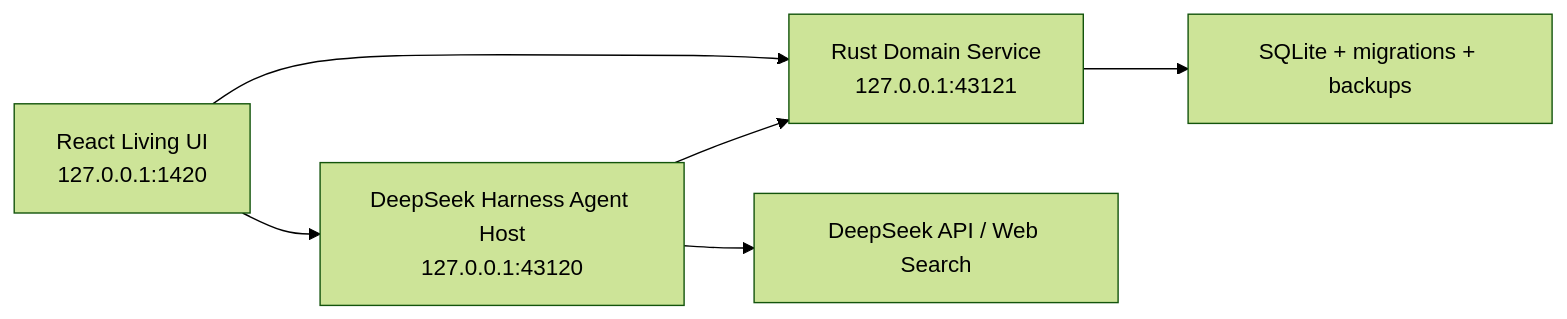
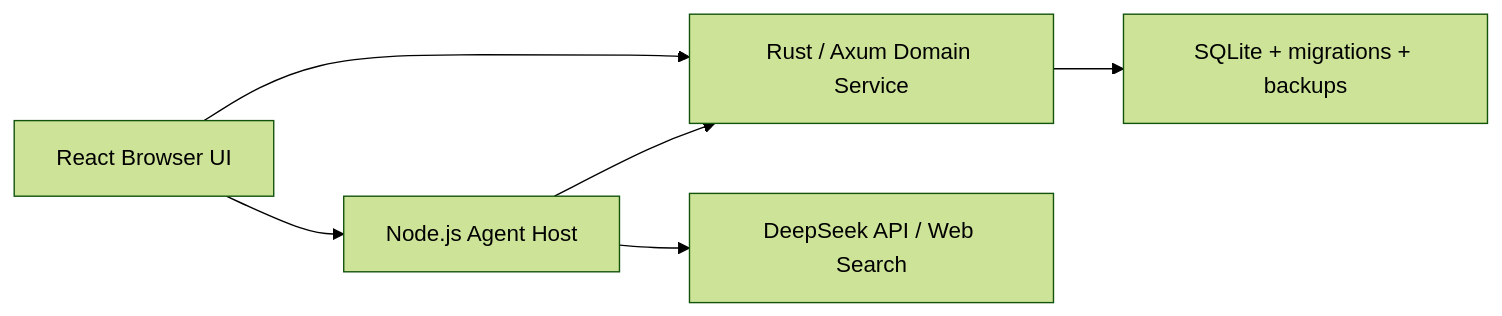
One commit to baizhuo-AI/Latitude changed the second of 2 diagrams in README.md. Above: the diagram before and after it, drawn with Mermaid (forest theme). The commit also changed other lines of this file, not shown here.

Commit message:
docs(readme): clarify product setup and architecture

````diff
--- a/README.md
+++ b/README.md
@@ -94,8 +102,8 @@
 ```mermaid
 flowchart LR
-  UI["React Living UI<br/>127.0.0.1:1420"] --> HOST["DeepSeek Harness Agent Host<br/>127.0.0.1:43120"]
-  UI --> DOMAIN["Rust Domain Service<br/>127.0.0.1:43121"]
+  UI["React Browser UI"] --> HOST["Node.js Agent Host"]
+  UI --> DOMAIN["Rust / Axum Domain Service"]
   HOST --> DOMAIN
-  HOST --> DS["DeepSeek API / Web Search"]
+  HOST --> DEEPSEEK["DeepSeek API / Web Search"]
   DOMAIN --> DB["SQLite + migrations + backups"]
 ```
````
